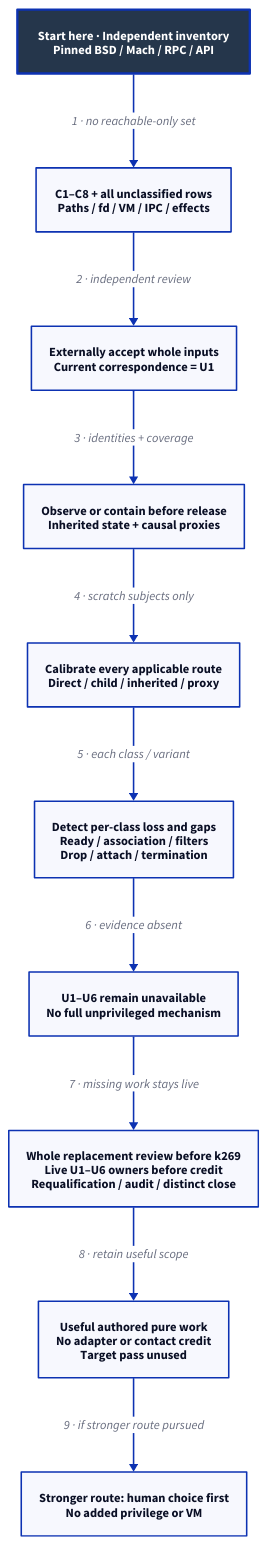
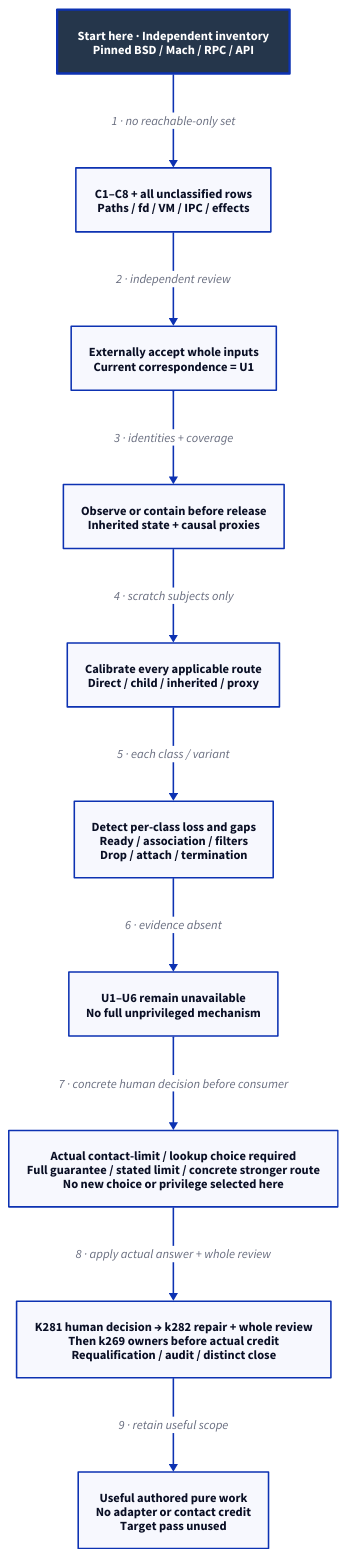
One commit to Linkuistics/Koine changed the diagram in docs/design/architecture/native-reference-contact.d2. Above: the diagram before and after it, drawn with D2. The commit also changed 51 other files, not shown here.

Commit message:
Integrate admission review, repair profile/RPC/supervision/export contracts, and place decision/design work before construction (reference-evidence-admission-repair-k280)

```diff
--- a/docs/design/architecture/native-reference-contact.d2
+++ b/docs/design/architecture/native-reference-contact.d2
@@ -1,24 +1,24 @@
 # Source-based full boundary; no collector, runtime correspondence or controls qualified.
 direction: down
 classes: {
   start: {style: {fill: "#25364B"; font-color: "#FFFFFF"; bold: true; stroke-width: 3}}
 }
 Start: "Start here · Independent inventory\nPinned BSD / Mach / RPC / API" {class: start}
 Required: "C1–C8 + all unclassified rows\nPaths / fd / VM / IPC / effects"
 Approval: "Externally accept whole inputs\nCurrent correspondence = U1"
 Boundary: "Observe or contain before release\nInherited state + causal proxies"
 Controls: "Calibrate every applicable route\nDirect / child / inherited / proxy"
 Loss: "Detect per-class loss and gaps\nReady / association / filters\nDrop / attach / termination"
 Unavailable: "U1–U6 remain unavailable\nNo full unprivileged mechanism"
-Owners: "Whole replacement review before k269\nLive U1–U6 owners before credit\nRequalification / audit / distinct close"
+Owners: "K281 human decision → k282 repair + whole review\nThen k269 owners before actual credit\nRequalification / audit / distinct close"
 Pure: "Useful authored pure work\nNo adapter or contact credit\nTarget pass unused"
-Decision: "Stronger route: human choice first\nNo added privilege or VM"
+Decision: "Actual contact-limit / lookup choice required\nFull guarantee / stated limit / concrete stronger route\nNo new choice or privilege selected here"
 Start -> Required: "1 · no reachable-only set"
 Required -> Approval: "2 · independent review"
 Approval -> Boundary: "3 · identities + coverage"
 Boundary -> Controls: "4 · scratch subjects only"
 Controls -> Loss: "5 · each class / variant"
 Loss -> Unavailable: "6 · evidence absent"
-Unavailable -> Owners: "7 · missing work stays live"
-Owners -> Pure: "8 · retain useful scope"
-Pure -> Decision: "9 · if stronger route pursued"
+Unavailable -> Decision: "7 · concrete human decision before consumer"
+Decision -> Owners: "8 · apply actual answer + whole review"
+Owners -> Pure: "9 · retain useful scope"
```
